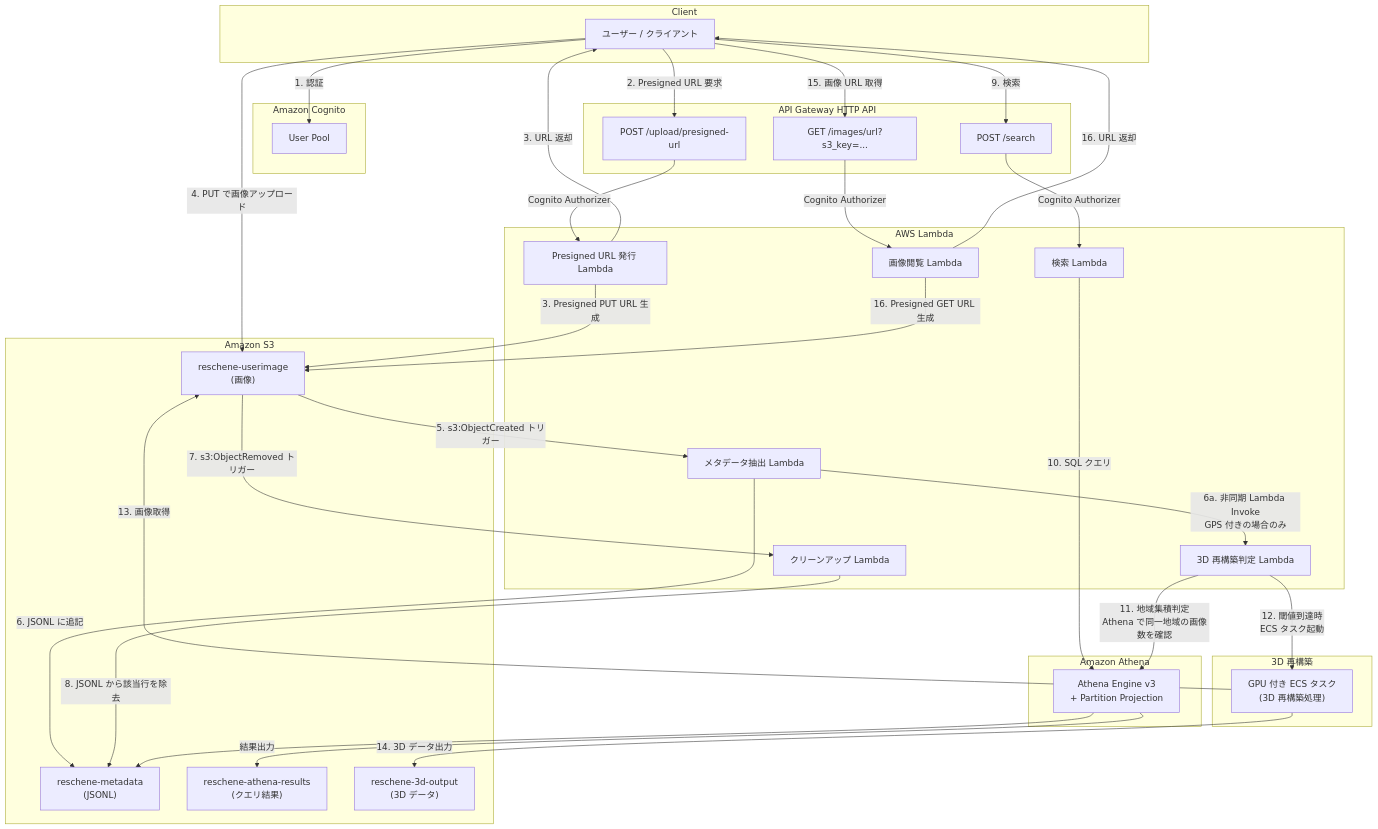
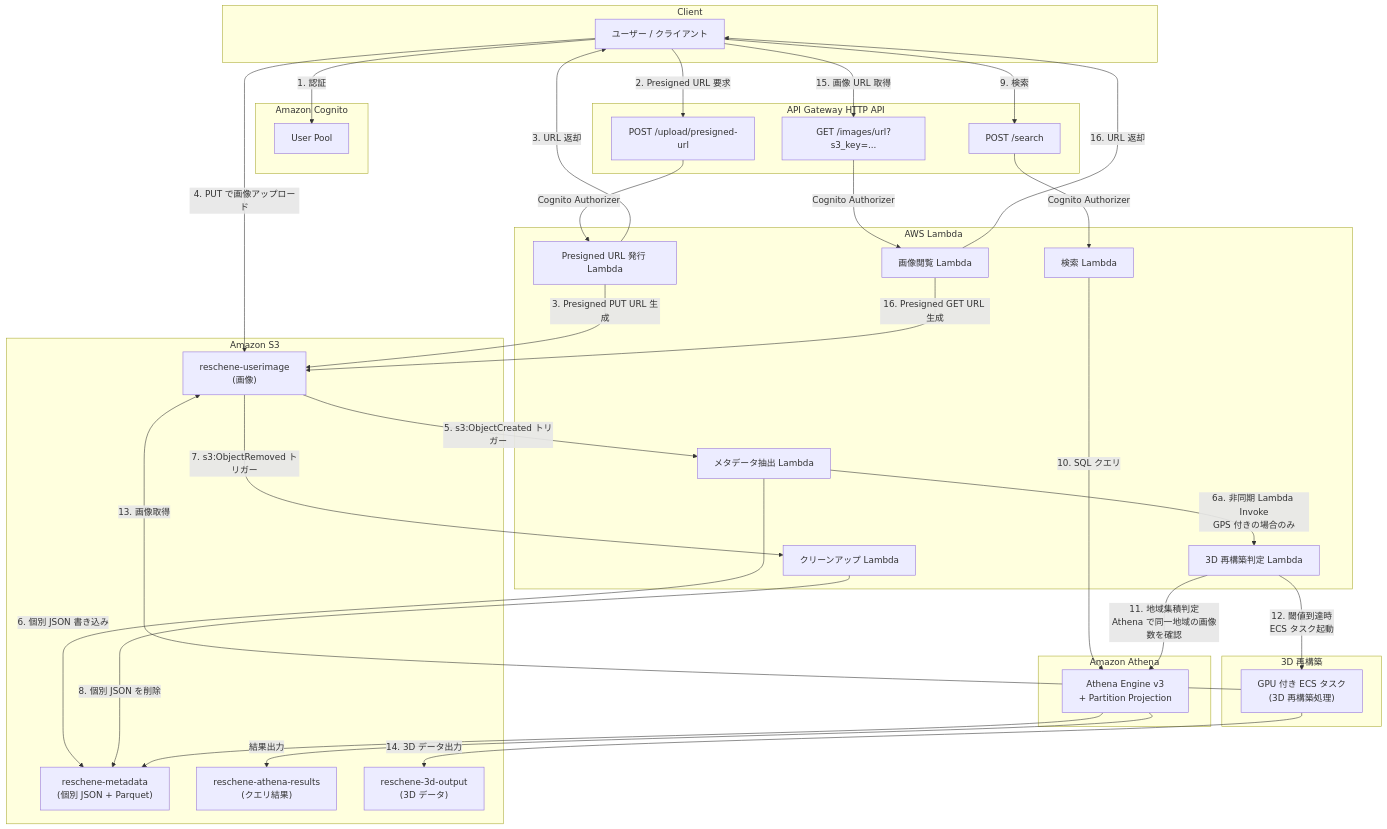
One commit to yayoimizuha/reschene-server changed the first of 4 diagrams in ARCHITECTURE.md. Above: the diagram before and after it, drawn with Mermaid. The commit also changed other lines of this file and 4 other files, not shown here.

First line of the commit message:
Update ARCHITECTURE.md to reflect individual JSON + compaction design, add E2E test docs

````diff
--- a/ARCHITECTURE.md
+++ b/ARCHITECTURE.md
@@ -24,65 +24,65 @@
 ```mermaid
 flowchart TB
     subgraph Client
         User[ユーザー / クライアント]
     end
 
     subgraph Auth[Amazon Cognito]
         UserPool[User Pool]
     end
 
     subgraph API[API Gateway HTTP API]
         PresignedEP["POST /upload/presigned-url"]
         SearchEP["POST /search"]
         ImageUrlEP["GET /images/url?s3_key=..."]
     end
 
     subgraph Compute[AWS Lambda]
         PresignedFn[Presigned URL 発行 Lambda]
         MetadataFn[メタデータ抽出 Lambda]
         CleanupFn[クリーンアップ Lambda]
         SearchFn[検索 Lambda]
         ImageUrlFn[画像閲覧 Lambda]
         Reconstruction3DJudgeFn[3D 再構築判定 Lambda]
     end
 
     subgraph Storage[Amazon S3]
         ImageBucket["reschene-userimage\n(画像)"]
-        MetadataBucket["reschene-metadata\n(JSONL)"]
+        MetadataBucket["reschene-metadata\n(個別 JSON + Parquet)"]
         ResultBucket["reschene-athena-results\n(クエリ結果)"]
         Reconstruction3DBucket["reschene-3d-output\n(3D データ)"]
     end
 
     subgraph Query[Amazon Athena]
         AthenaEngine[Athena Engine v3\n+ Partition Projection]
     end
 
     subgraph Reconstruction3D[3D 再構築]
         ECSTask["GPU 付き ECS タスク\n(3D 再構築処理)"]
     end
 
     User -->|1. 認証| UserPool
     User -->|2. Presigned URL 要求| PresignedEP
     PresignedEP -->|Cognito Authorizer| PresignedFn
     PresignedFn -->|3. Presigned PUT URL 生成| ImageBucket
     PresignedFn -->|3. URL 返却| User
     User -->|4. PUT で画像アップロード| ImageBucket
     ImageBucket -->|5. s3:ObjectCreated トリガー| MetadataFn
-    MetadataFn -->|6. JSONL に追記| MetadataBucket
+    MetadataFn -->|6. 個別 JSON 書き込み| MetadataBucket
     MetadataFn -->|6a. 非同期 Lambda Invoke\nGPS 付きの場合のみ| Reconstruction3DJudgeFn
     ImageBucket -->|7. s3:ObjectRemoved トリガー| CleanupFn
-    CleanupFn -->|8. JSONL から該当行を除去| MetadataBucket
+    CleanupFn -->|8. 個別 JSON を削除| MetadataBucket
     User -->|9. 検索| SearchEP
     SearchEP -->|Cognito Authorizer| SearchFn
     SearchFn -->|10. SQL クエリ| AthenaEngine
     AthenaEngine --> MetadataBucket
     AthenaEngine -->|結果出力| ResultBucket
     User -->|15. 画像 URL 取得| ImageUrlEP
     ImageUrlEP -->|Cognito Authorizer| ImageUrlFn
     ImageUrlFn -->|16. Presigned GET URL 生成| ImageBucket
     ImageUrlFn -->|16. URL 返却| User
     Reconstruction3DJudgeFn -->|11. 地域集積判定\nAthena で同一地域の画像数を確認| AthenaEngine
     Reconstruction3DJudgeFn -->|12. 閾値到達時\nECS タスク起動| ECSTask
     ECSTask -->|13. 画像取得| ImageBucket
     ECSTask -->|14. 3D データ出力| Reconstruction3DBucket
 ```
````
